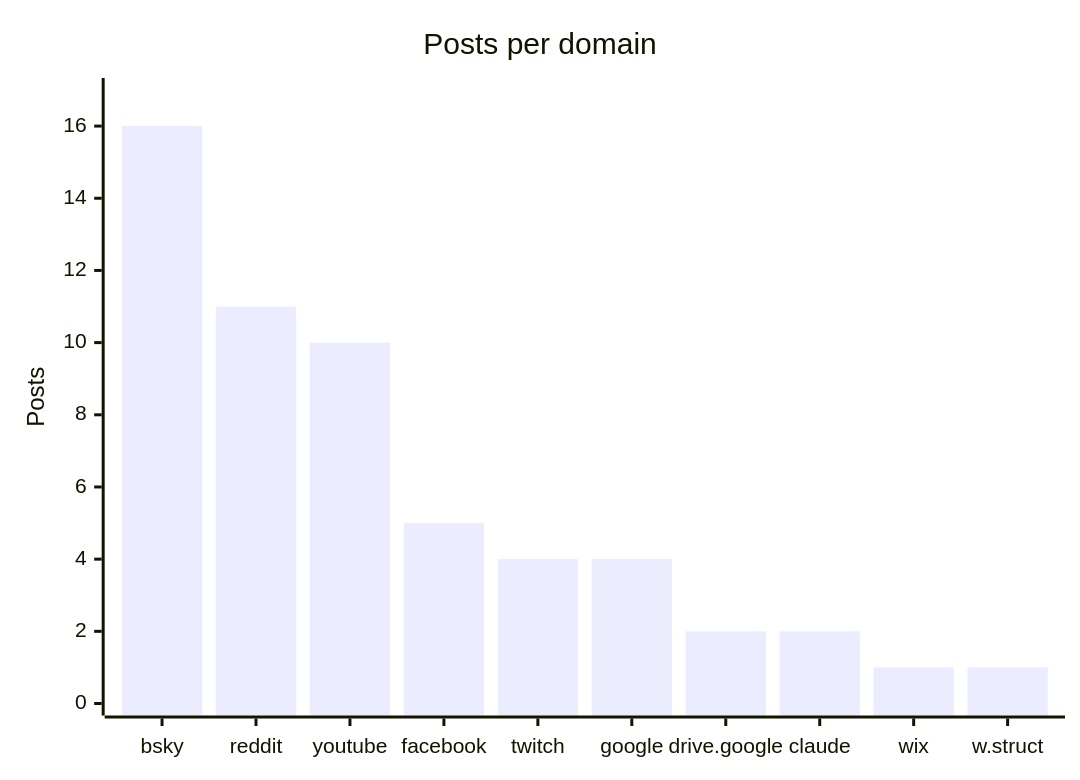
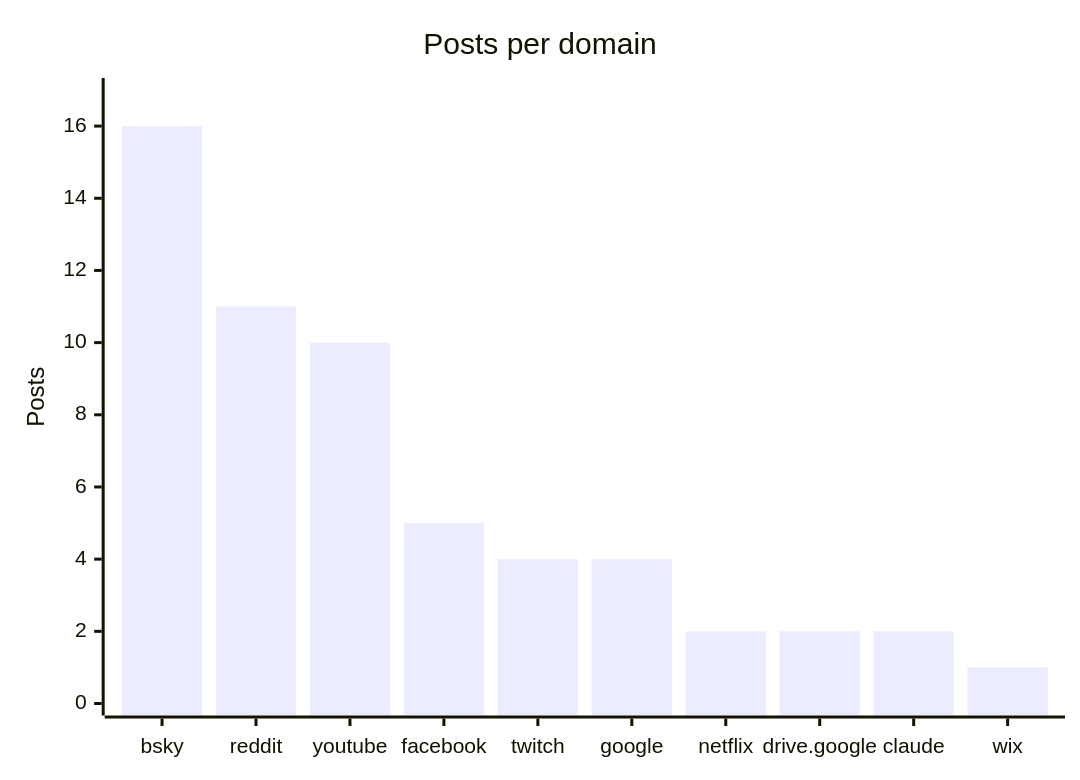
Before and after one commit to martinbalfanz/social-scanner-reports: the fourth of 4 diagrams in README.md, drawn with Mermaid. The commit also changed other lines of this file and 2 other files, not shown here.

````diff
--- a/README.md
+++ b/README.md
@@ -58,7 +58,7 @@
 ```mermaid
 xychart-beta
     title "Posts per domain"
-    x-axis ["bsky", "reddit", "youtube", "facebook", "twitch", "google", "drive.google", "claude", "wix", "w.struct"]
+    x-axis ["bsky", "reddit", "youtube", "facebook", "twitch", "google", "netflix", "drive.google", "claude", "wix"]
     y-axis "Posts" 0 --> 17
-    bar [16, 11, 10, 5, 4, 4, 2, 2, 1, 1]
+    bar [16, 11, 10, 5, 4, 4, 2, 2, 2, 1]
 ```
````
